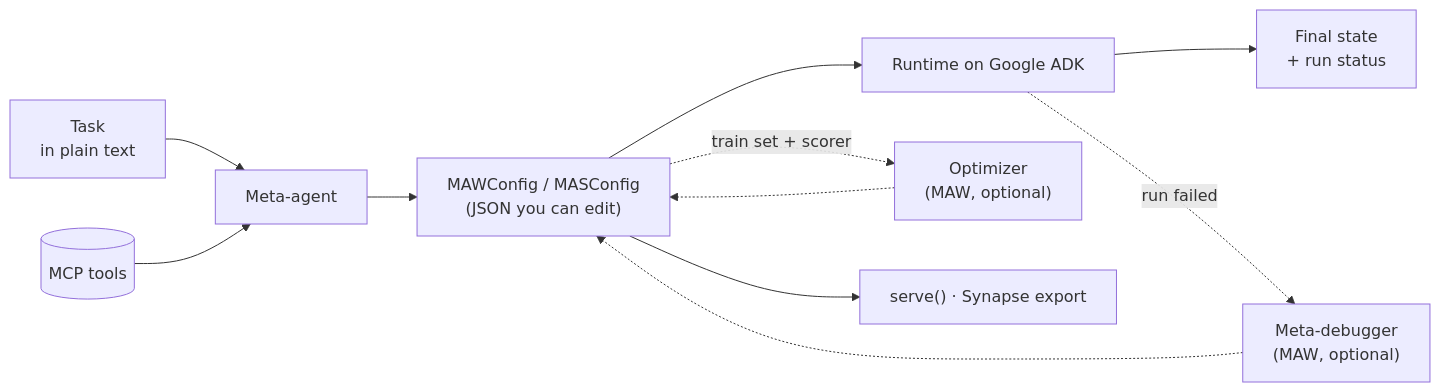
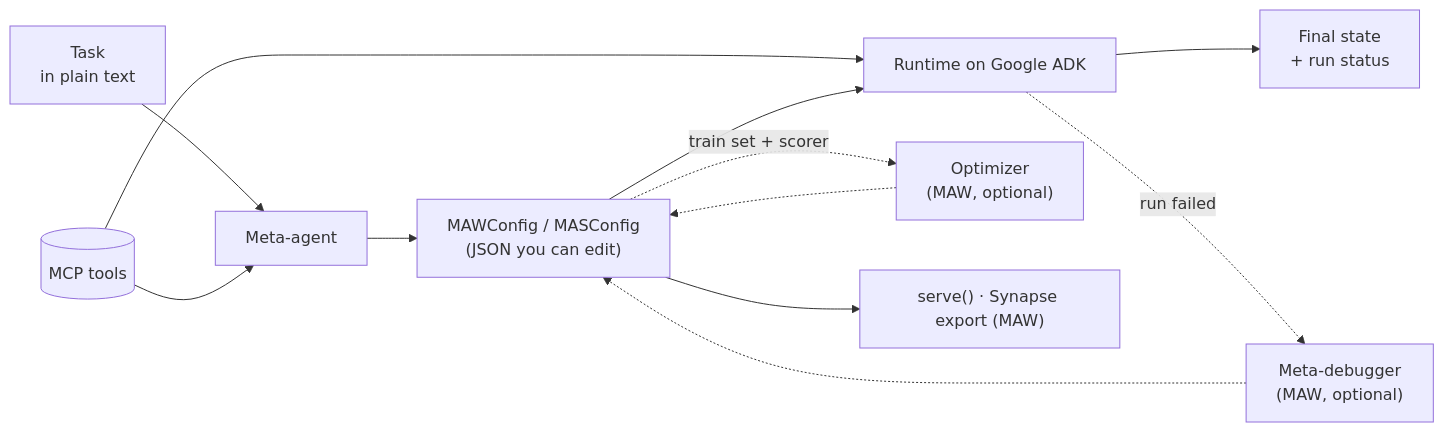
The diagram in README.md (ITMO-NSS-team/FEDOT.MAS), drawn with Mermaid before and after one commit. The commit also changed other lines of this file, not shown here.

````diff
--- a/README.md
+++ b/README.md
@@ -27,11 +27,12 @@
 ```mermaid
 flowchart LR
     T["Task<br/>in plain text"] --> M["Meta-agent"]
     R[("MCP tools")] --> M
+    R --> X
     M --> C["MAWConfig / MASConfig<br/>(JSON you can edit)"]
     C --> X["Runtime on Google ADK"]
     X --> S["Final state<br/>+ run status"]
     X -. "run failed" .-> D["Meta-debugger<br/>(MAW, optional)"] -.-> C
     C -. "train set + scorer" .-> O["Optimizer<br/>(MAW, optional)"] -.-> C
-    C --> E["serve() · Synapse export"]
+    C --> E["serve() · Synapse export (MAW)"]
 ```
````
